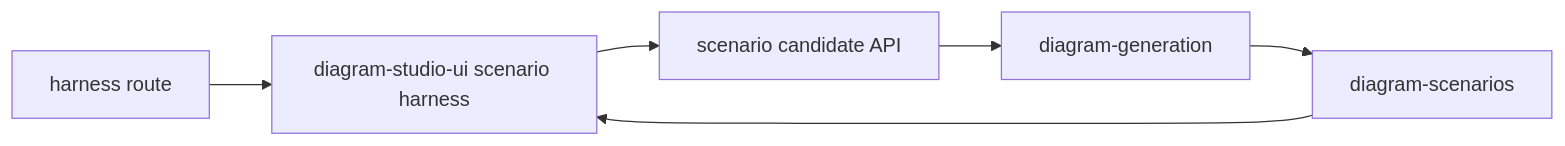
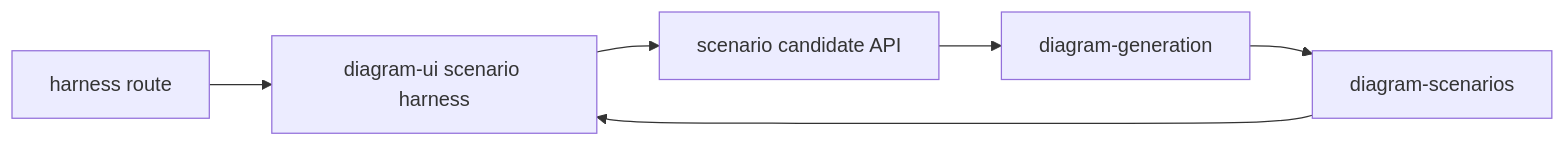
One commit to shpitdev/sketchi changed the diagram in apps/eval-harness/README.md. Above: the diagram before and after it, drawn with Mermaid. The commit also changed 144 other files, not shown here.

Commit message:
refactor: rename shared diagram UI package (#225)

````diff
--- a/apps/eval-harness/README.md
+++ b/apps/eval-harness/README.md
@@ -6,8 +6,8 @@
 ```mermaid
 flowchart LR
-  Route["harness route"] --> UI["diagram-studio-ui scenario harness"]
+  Route["harness route"] --> UI["diagram-ui scenario harness"]
   UI --> API["scenario candidate API"]
   API --> Generation["diagram-generation"]
   Generation --> Scenarios["diagram-scenarios"]
   Scenarios --> UI
 ```
````
